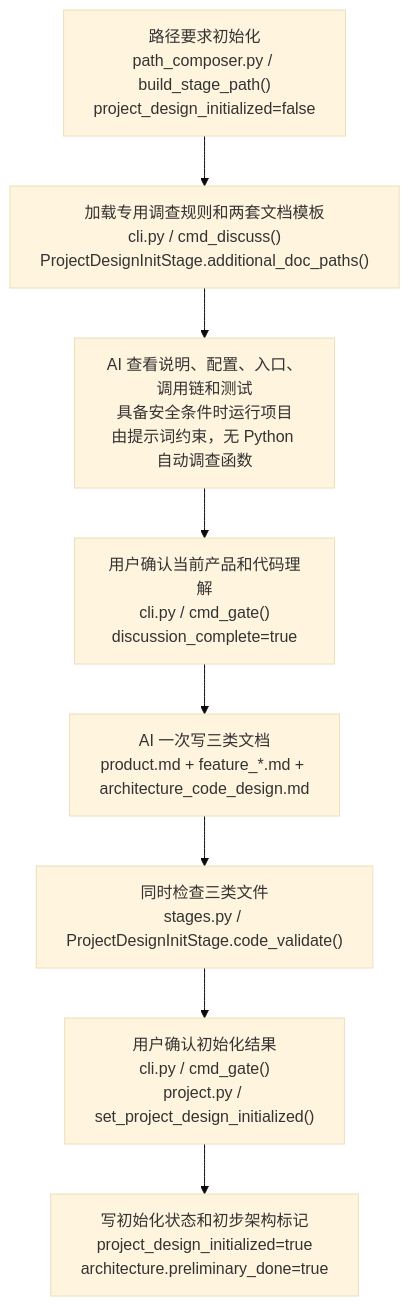
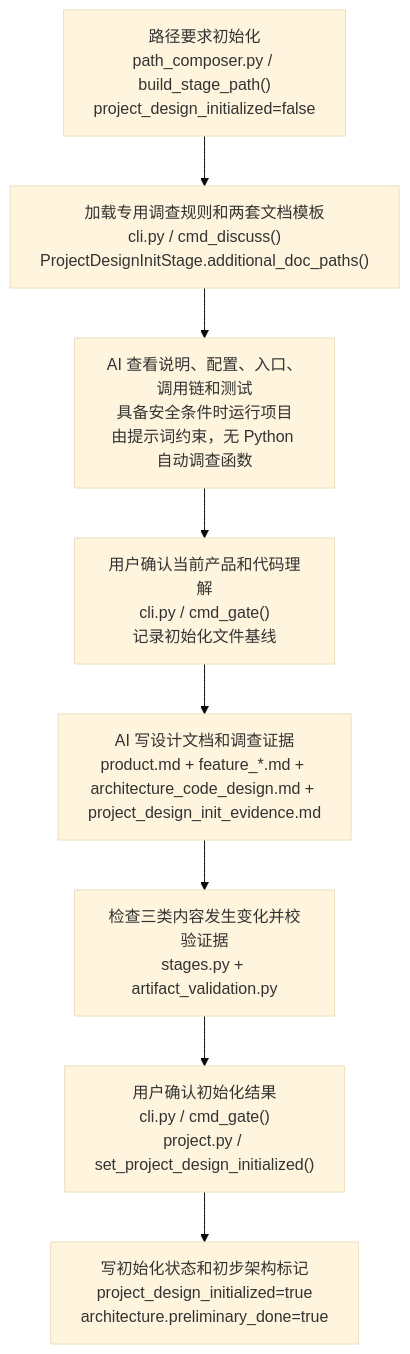
One commit to yuzyf/workflow_loop changed the fourth of 6 diagrams in spec/architecture_code_design.md. Above: the diagram before and after it, drawn with Mermaid (base theme). The commit also changed other lines of this file and 60 other files, not shown here.

````diff
--- a/spec/architecture_code_design.md
+++ b/spec/architecture_code_design.md
@@ -305,10 +322,10 @@
 ```mermaid
 flowchart TD
     A["路径要求初始化<br/>path_composer.py / build_stage_path()<br/>project_design_initialized=false"] --> B["加载专用调查规则和两套文档模板<br/>cli.py / cmd_discuss()<br/>ProjectDesignInitStage.additional_doc_paths()"]
     B --> C["AI 查看说明、配置、入口、调用链和测试<br/>具备安全条件时运行项目<br/>由提示词约束，无 Python 自动调查函数"]
-    C --> D["用户确认当前产品和代码理解<br/>cli.py / cmd_gate()<br/>discussion_complete=true"]
-    D --> E["AI 一次写三类文档<br/>product.md + feature_*.md + architecture_code_design.md"]
-    E --> F["同时检查三类文件<br/>stages.py / ProjectDesignInitStage.code_validate()"]
+    C --> D["用户确认当前产品和代码理解<br/>cli.py / cmd_gate()<br/>记录初始化文件基线"]
+    D --> E["AI 写设计文档和调查证据<br/>product.md + feature_*.md + architecture_code_design.md + project_design_init_evidence.md"]
+    E --> F["检查三类内容发生变化并校验证据<br/>stages.py + artifact_validation.py"]
     F --> G["用户确认初始化结果<br/>cli.py / cmd_gate()<br/>project.py / set_project_design_initialized()"]
     G --> H["写初始化状态和初步架构标记<br/>project_design_initialized=true<br/>architecture.preliminary_done=true"]
 ```
````
